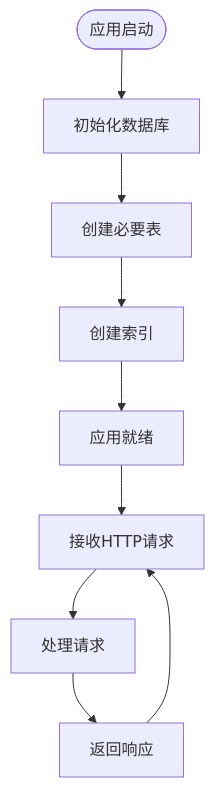
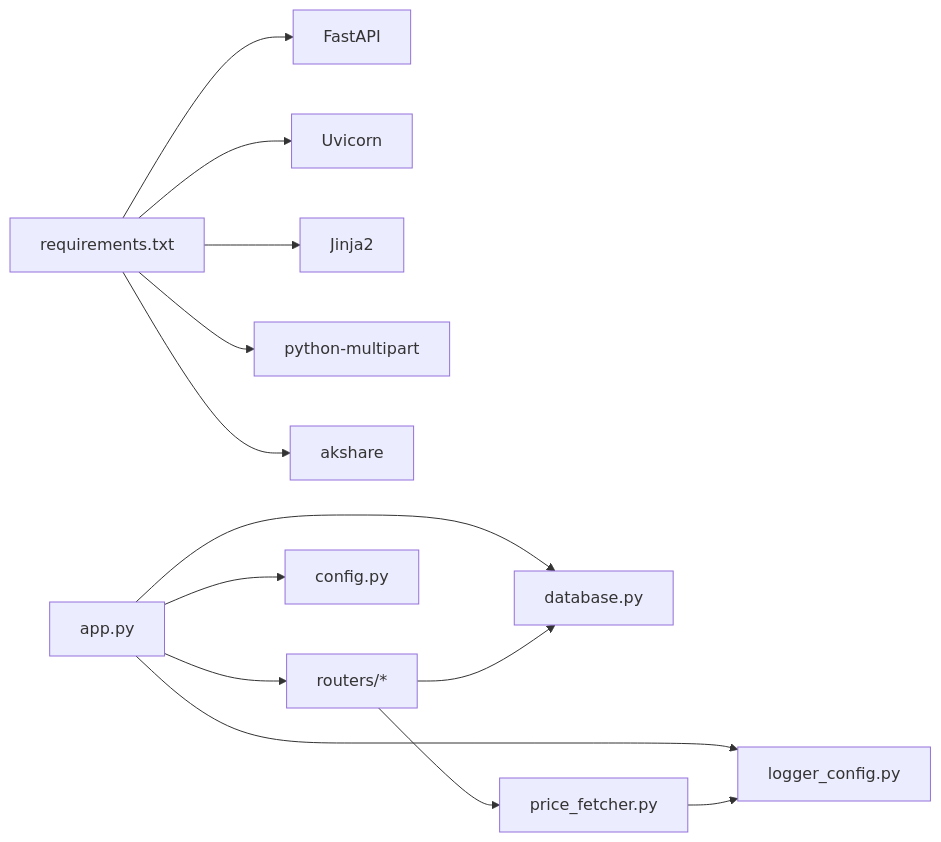
The seventh of 7 diagrams in .qoder/repowiki/zh/content/开发者指南/调试工具与技巧.md (macrohuang/invest-log), drawn with Mermaid before and after one commit. The commit also changed other lines of this file and 121 other files, not shown here.

````diff
--- a/.qoder/repowiki/zh/content/开发者指南/调试工具与技巧.md
+++ b/.qoder/repowiki/zh/content/开发者指南/调试工具与技巧.md
@@ -155,11 +244,15 @@
 ```mermaid
-flowchart TD
-Start([应用启动]) --> InitDB["初始化数据库"]
-InitDB --> CreateTables["创建必要表"]
-CreateTables --> CreateIndexes["创建索引"]
-CreateIndexes --> Ready["应用就绪"]
-Ready --> Request["接收HTTP请求"]
-Request --> Process["处理请求"]
-Process --> Response["返回响应"]
-Response --> Request
+graph LR
+Req["requirements.txt"] --> FA["FastAPI"]
+Req --> UV["Uvicorn"]
+Req --> JJ["Jinja2"]
+Req --> PM["python-multipart"]
+Req --> AK["akshare"]
+APP["app.py"] --> DB["database.py"]
+APP --> LG["logger_config.py"]
+APP --> RT["routers/*"]
+RT --> DB
+RT --> PF["price_fetcher.py"]
+PF --> LG
+APP --> CFG["config.py"]
 ```
````
